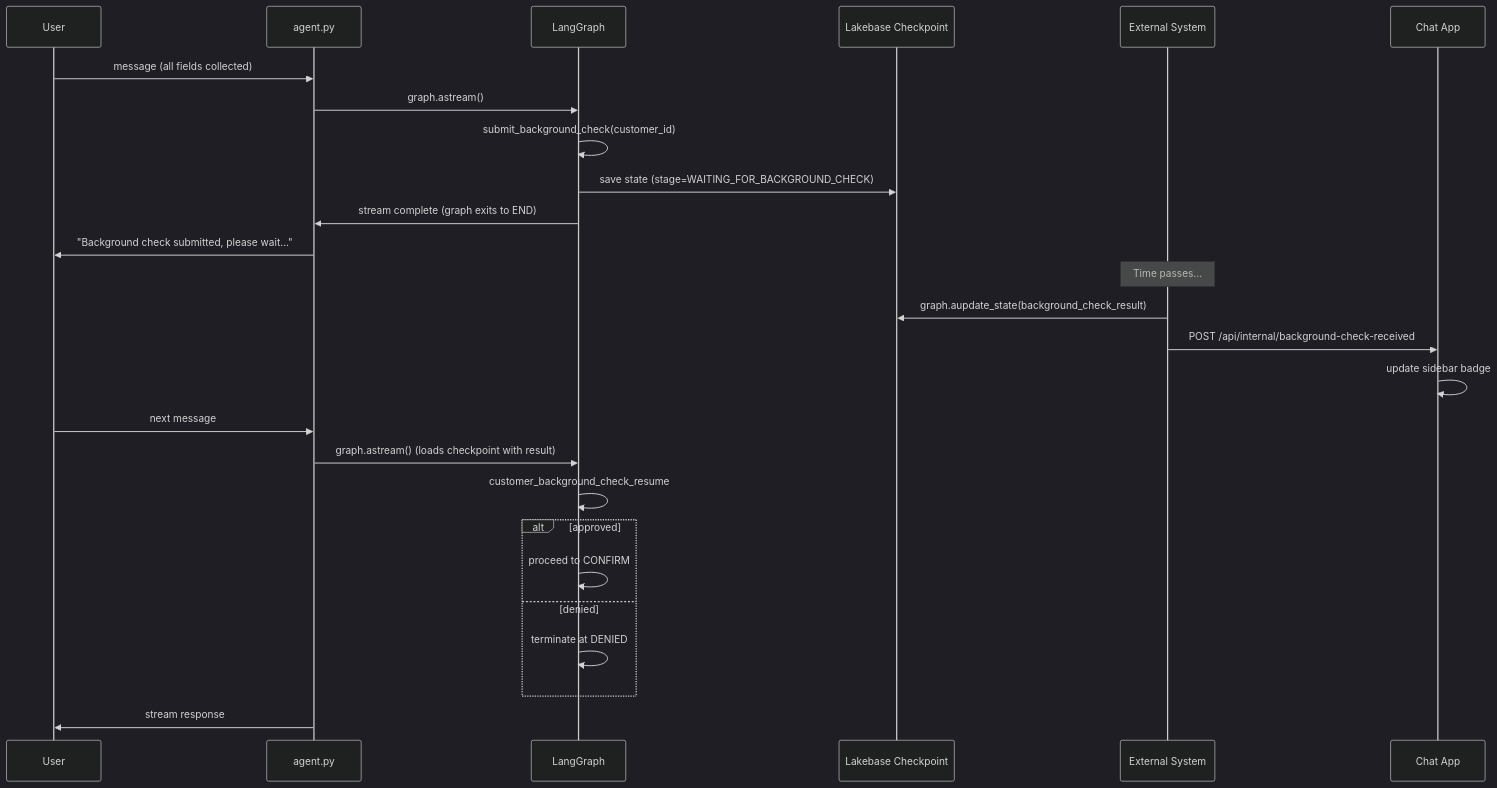
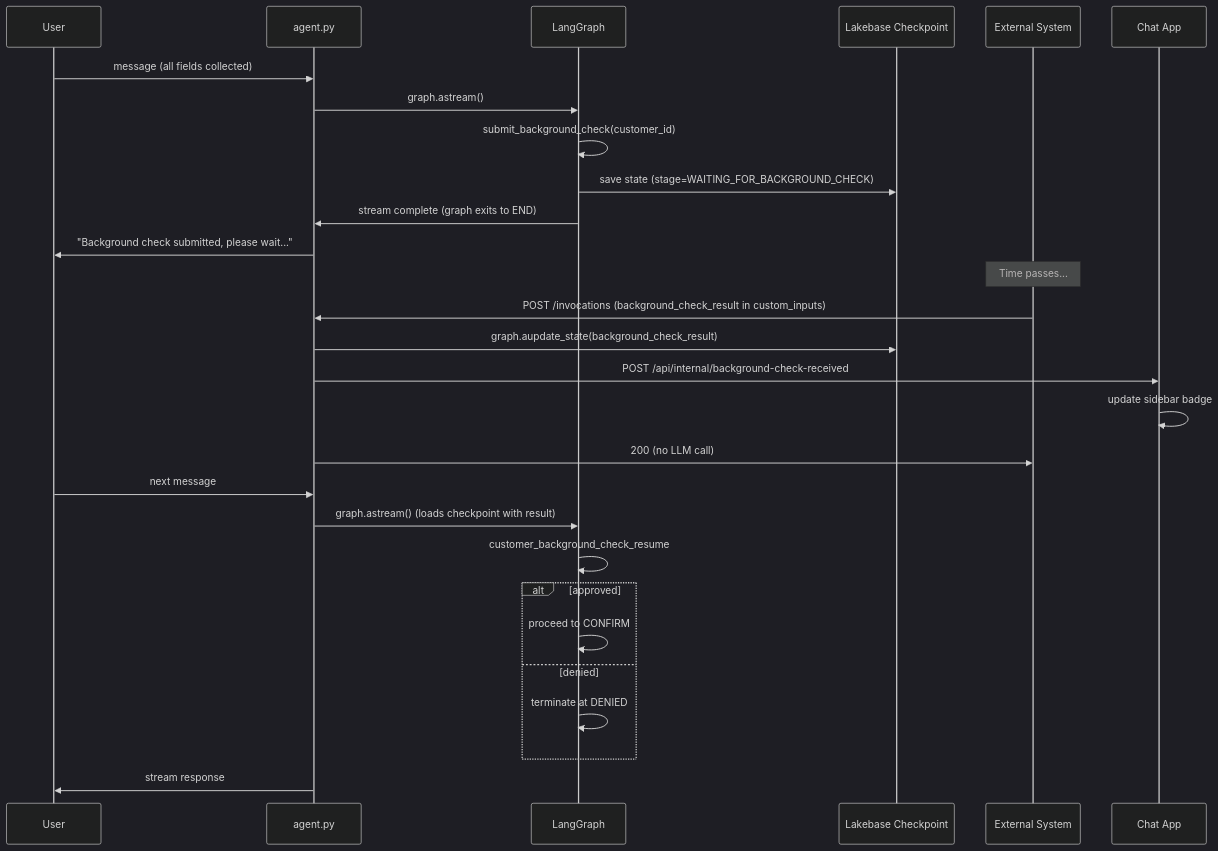
The third of 3 diagrams in agent_app/agent_server/README.md (databricks-industry-solutions/banking-agent-accelerator), drawn with Mermaid (dark theme) before and after one commit. The commit also changed other lines of this file and 2 other files, not shown here.

Commit message:
Clarify async HIL framing: endpoint-mediated checkpoint write
The earlier wording implied the external system calls `graph.aupdate_state()`
directly against Lakebase, which is only true for the local-dev CLI path
(send_background_check.py). In the deployed/production path, the external
system POSTs to /invocations with custom_inputs.background_check_result and
the agent's handler is the one that calls aupdate_state.

Updated in three places:
- README.md: the pattern paragraph, the architecture ASCII diagram, and the
  HIL resume row in the architecture table.
- agent_app/README.md: the one-line reference to the background-check flow.
- agent_app/agent_server/README.md: the 'checkpoint injection' phrasing,
  the sequence diagram (external now posts to Agent, Agent writes
  checkpoint), and the explanatory step that previously glossed over who
  calls aupdate_state in each path.

````diff
--- a/agent_app/agent_server/README.md
+++ b/agent_app/agent_server/README.md
@@ -173,32 +173,34 @@
 ```mermaid
 sequenceDiagram
     participant User
     participant Agent as agent.py
     participant Graph as LangGraph
     participant Checkpoint as Lakebase Checkpoint
     participant External as External System
     participant ChatApp as Chat App
 
     User->>Agent: message (all fields collected)
     Agent->>Graph: graph.astream()
     Graph->>Graph: submit_background_check(customer_id)
     Graph->>Checkpoint: save state (stage=WAITING_FOR_BACKGROUND_CHECK)
     Graph->>Agent: stream complete (graph exits to END)
     Agent->>User: "Background check submitted, please wait..."
 
     Note over External: Time passes...
 
-    External->>Checkpoint: graph.aupdate_state(background_check_result)
-    External->>ChatApp: POST /api/internal/background-check-received
+    External->>Agent: POST /invocations (background_check_result in custom_inputs)
+    Agent->>Checkpoint: graph.aupdate_state(background_check_result)
+    Agent->>ChatApp: POST /api/internal/background-check-received
     ChatApp->>ChatApp: update sidebar badge
+    Agent->>External: 200 (no LLM call)
 
     User->>Agent: next message
     Agent->>Graph: graph.astream() (loads checkpoint with result)
     Graph->>Graph: customer_background_check_resume
     alt approved
         Graph->>Graph: proceed to CONFIRM
     else denied
         Graph->>Graph: terminate at DENIED
     end
     Agent->>User: stream response
 ```
````
